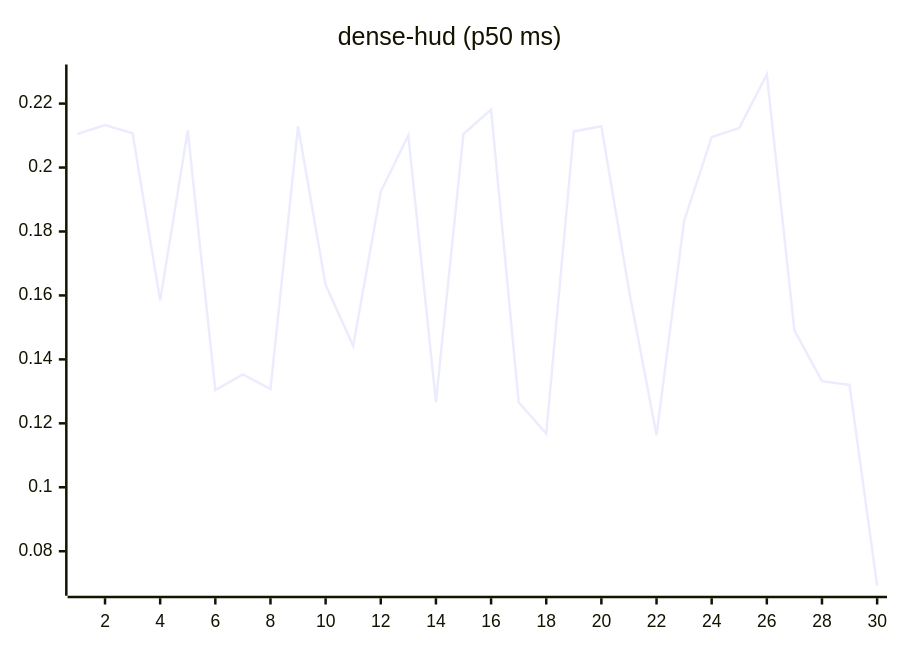
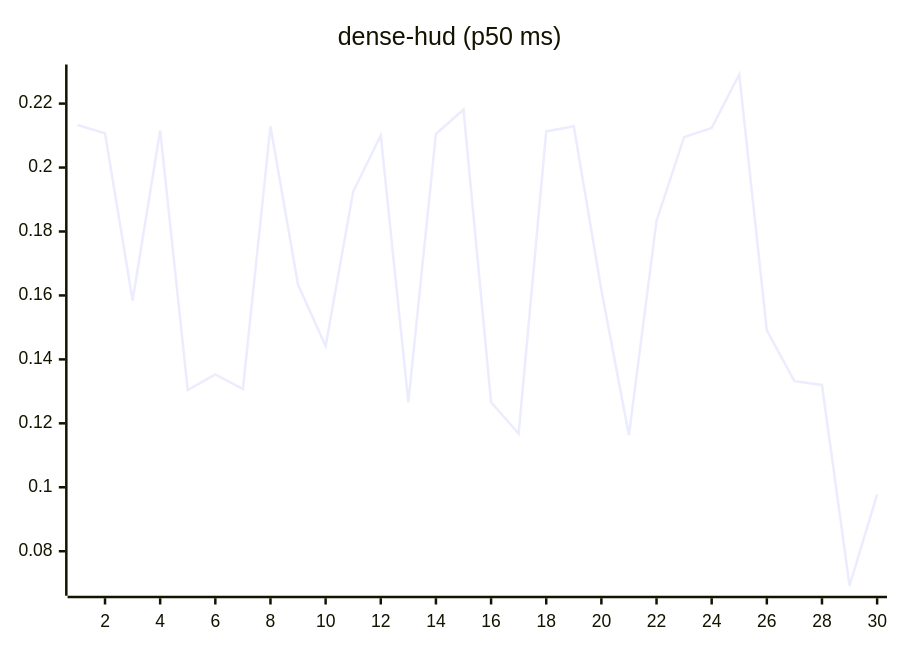
One commit to josha/Facet changed the eighth of 27 diagrams in README.md. Above: the diagram before and after it, drawn with Mermaid. The commit also changed other lines of this file and 2 other files, not shown here.

````diff
--- a/README.md
+++ b/README.md
@@ -112,6 +112,6 @@
 ```mermaid
 xychart-beta
     title "dense-hud (p50 ms)"
     x-axis 1 --> 30
-    line [0.2105, 0.2133, 0.2107, 0.1584, 0.2116, 0.1304, 0.1353, 0.1307, 0.2129, 0.1633, 0.1442, 0.1925, 0.2100, 0.1266, 0.2105, 0.2181, 0.1266, 0.1168, 0.2113, 0.2129, 0.1617, 0.1163, 0.1833, 0.2095, 0.2124, 0.2291, 0.1491, 0.1332, 0.1320, 0.0692]
+    line [0.2133, 0.2107, 0.1584, 0.2116, 0.1304, 0.1353, 0.1307, 0.2129, 0.1633, 0.1442, 0.1925, 0.2100, 0.1266, 0.2105, 0.2181, 0.1266, 0.1168, 0.2113, 0.2129, 0.1617, 0.1163, 0.1833, 0.2095, 0.2124, 0.2291, 0.1491, 0.1332, 0.1320, 0.0692, 0.0978]
 ```
````
